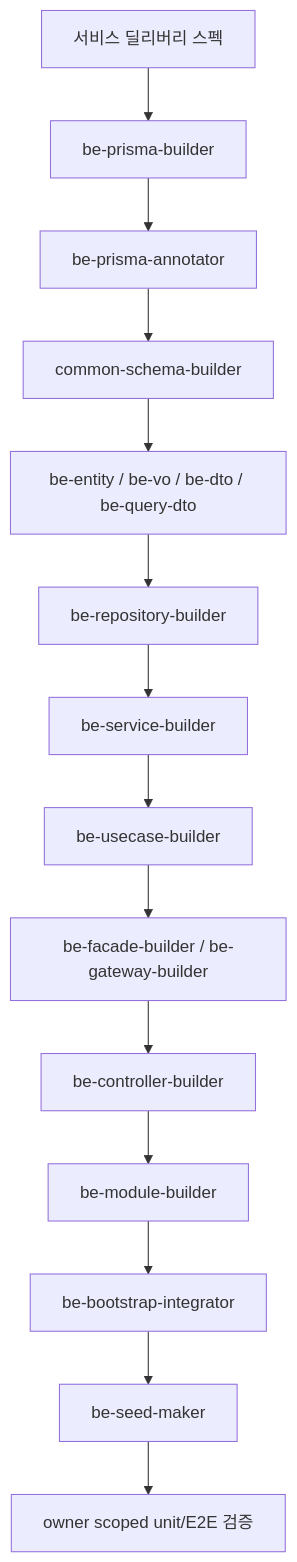
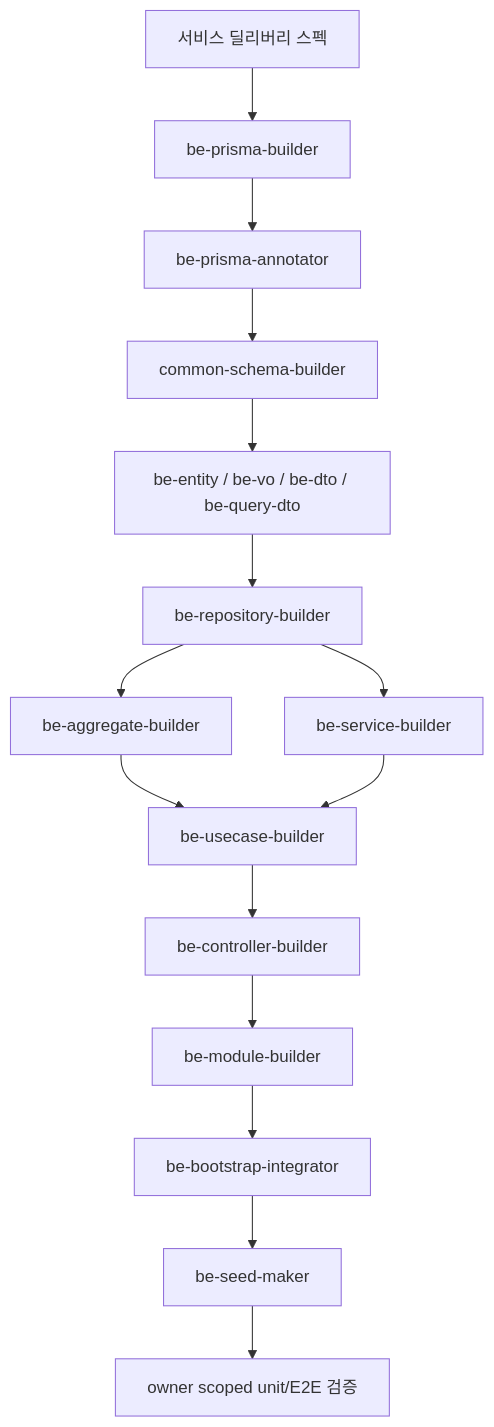
The fourth of 6 diagrams in docs/orchestration-agent-relationship-flow.md (kimjoongwon/prj-core), drawn with Mermaid before and after one commit. The commit also changed other lines of this file and 442 other files, not shown here.

````diff
--- a/docs/orchestration-agent-relationship-flow.md
+++ b/docs/orchestration-agent-relationship-flow.md
@@ -220,16 +239,17 @@
 ```mermaid
 flowchart TD
   Spec["서비스 딜리버리 스펙"] --> P["be-prisma-builder"]
   P --> PA["be-prisma-annotator"]
   PA --> S["common-schema-builder"]
   S --> M["be-entity / be-vo / be-dto / be-query-dto"]
   M --> R["be-repository-builder"]
+  R --> AG["be-aggregate-builder"]
   R --> SV["be-service-builder"]
-  SV --> UC["be-usecase-builder"]
-  UC --> F["be-facade-builder / be-gateway-builder"]
-  F --> C["be-controller-builder"]
+  AG --> UC["be-usecase-builder"]
+  SV --> UC
+  UC --> C["be-controller-builder"]
   C --> MOD["be-module-builder"]
   MOD --> BOOT["be-bootstrap-integrator"]
   BOOT --> SEED["be-seed-maker"]
   SEED --> Verify["owner scoped unit/E2E 검증"]
 ```
````
